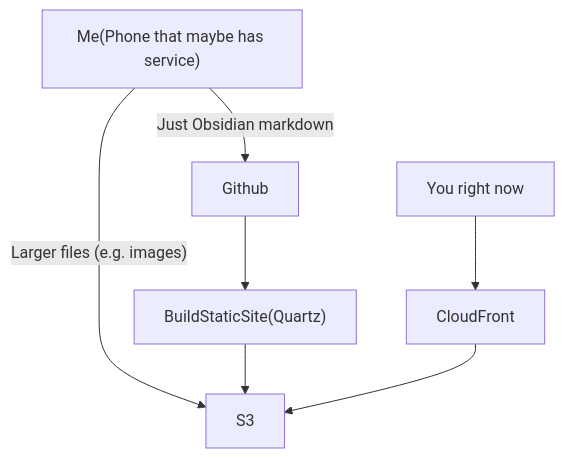
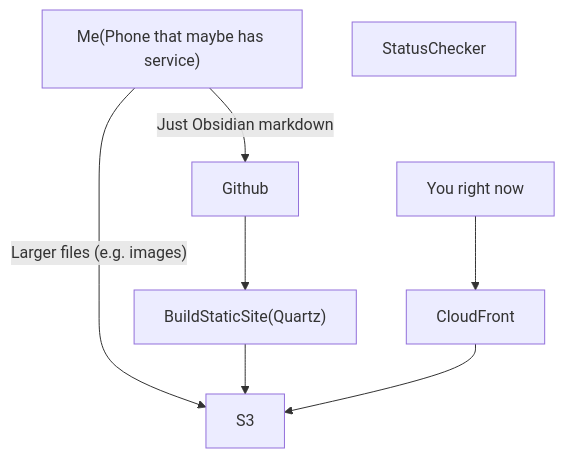
One commit to adamkilpatrick/trail-notes changed the diagram in Misc/Tech.md. Above: the diagram before and after it, drawn with Mermaid. The commit also changed other lines of this file and 7 other files, not shown here.

````diff
--- a/Misc/Tech.md
+++ b/Misc/Tech.md
@@ -10,18 +10,19 @@
 ```mermaid  
 	graph TD
 	
 	A["Me(Phone that maybe has service)"]
 	B[Github]
 	C[S3]
 	D["BuildStaticSite(Quartz)"]
 	E[CloudFront]
 	F[You right now]
+	G[StatusChecker]
 	
 	A -->|Just Obsidian markdown| B
 	A -->|"Larger files (e.g. images)"|C
 	B --> D
 	D --> C
 	E --> C
 	F --> E
 
 ```
````
